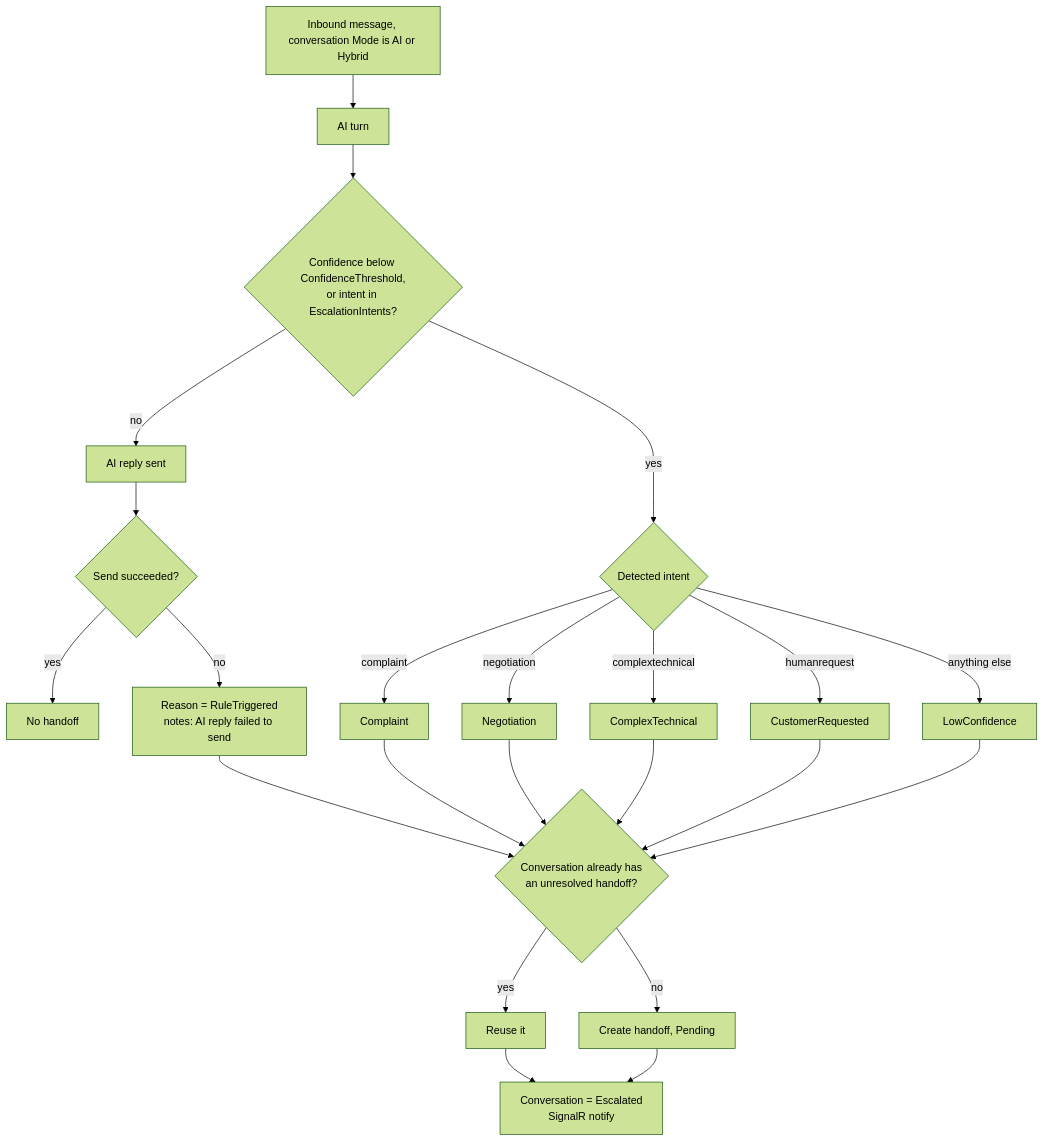
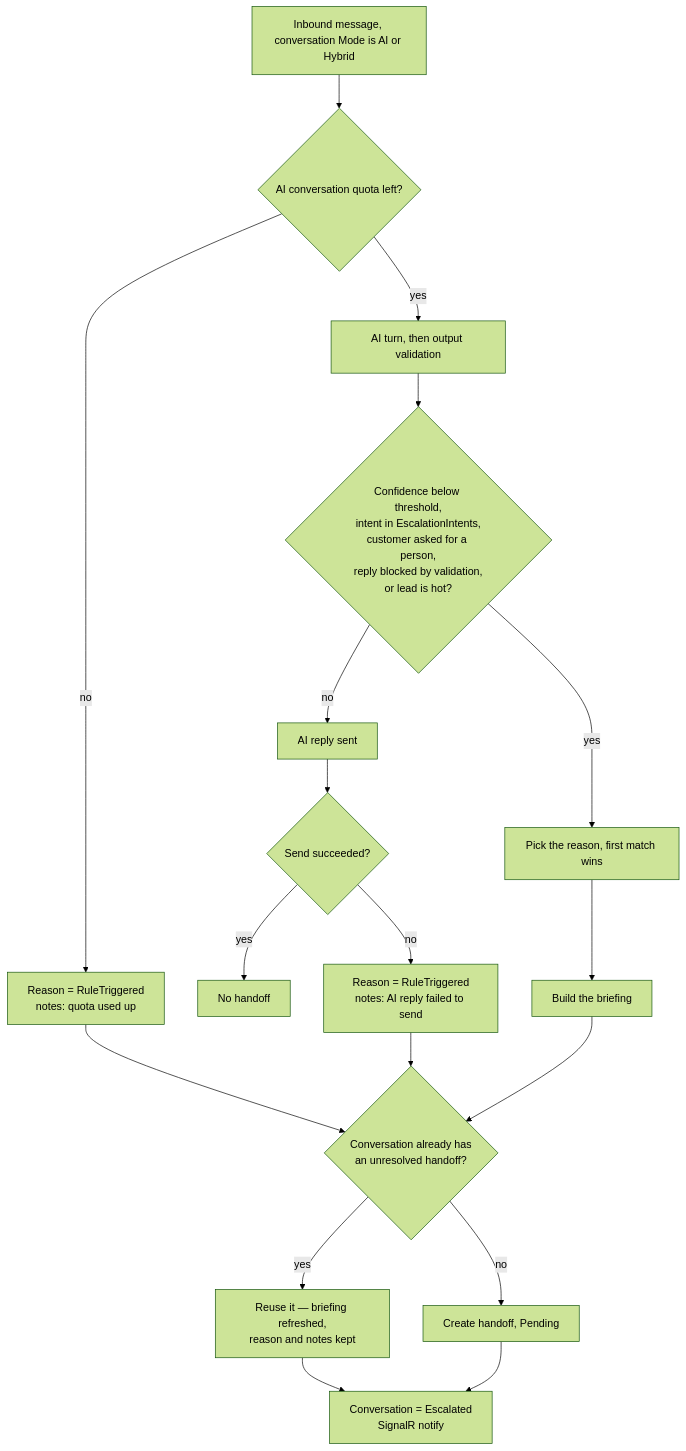
Before and after one commit to aquarianchd83/AI-Sales-Automation-System-angular: the second of 4 diagrams in src/app/features/handoffs/FLOWS.md, drawn with Mermaid (forest theme). The commit also changed other lines of this file and 12 other files, not shown here.

````diff
--- a/src/app/features/handoffs/FLOWS.md
+++ b/src/app/features/handoffs/FLOWS.md
@@ -50,20 +54,18 @@
 ```mermaid
 flowchart TD
-    T["Inbound message, conversation Mode is AI or Hybrid"] --> AI["AI turn"]
-    AI --> E{"Confidence below ConfidenceThreshold,<br/>or intent in EscalationIntents?"}
+    T["Inbound message, conversation Mode is AI or Hybrid"] --> Q{"AI conversation quota left?"}
+    Q -- no --> RULE1["Reason = RuleTriggered<br/>notes: quota used up"]
+    Q -- yes --> AI["AI turn, then output validation"]
+    AI --> E{"Confidence below threshold,<br/>intent in EscalationIntents,<br/>customer asked for a person,<br/>reply blocked by validation,<br/>or lead is hot?"}
     E -- no --> SEND["AI reply sent"]
     SEND --> OK{"Send succeeded?"}
     OK -- yes --> NONE["No handoff"]
-    OK -- no --> RULE["Reason = RuleTriggered<br/>notes: AI reply failed to send"]
-    E -- yes --> MAP{"Detected intent"}
-    MAP -- complaint --> R1["Complaint"]
-    MAP -- negotiation --> R2["Negotiation"]
-    MAP -- complextechnical --> R3["ComplexTechnical"]
-    MAP -- humanrequest --> R4["CustomerRequested"]
-    MAP -- anything else --> R5["LowConfidence"]
-    R1 & R2 & R3 & R4 & R5 --> OPEN
-    RULE --> OPEN{"Conversation already has<br/>an unresolved handoff?"}
-    OPEN -- yes --> REUSE["Reuse it"]
+    OK -- no --> RULE2["Reason = RuleTriggered<br/>notes: AI reply failed to send"]
+    E -- yes --> MAP["Pick the reason, first match wins"]
+    MAP --> BRIEF["Build the briefing"]
+    RULE1 & RULE2 --> OPEN
+    BRIEF --> OPEN{"Conversation already has<br/>an unresolved handoff?"}
+    OPEN -- yes --> REUSE["Reuse it — briefing refreshed,<br/>reason and notes kept"]
     OPEN -- no --> NEW["Create handoff, Pending"]
     REUSE & NEW --> ESC["Conversation = Escalated<br/>SignalR notify"]
 ```
````
